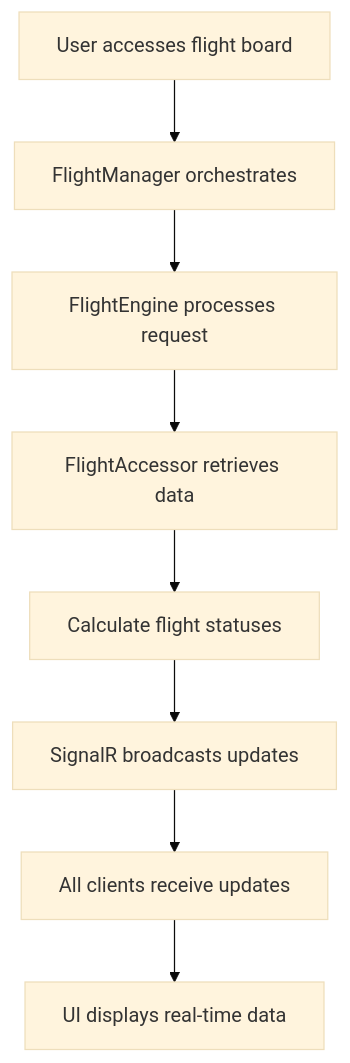
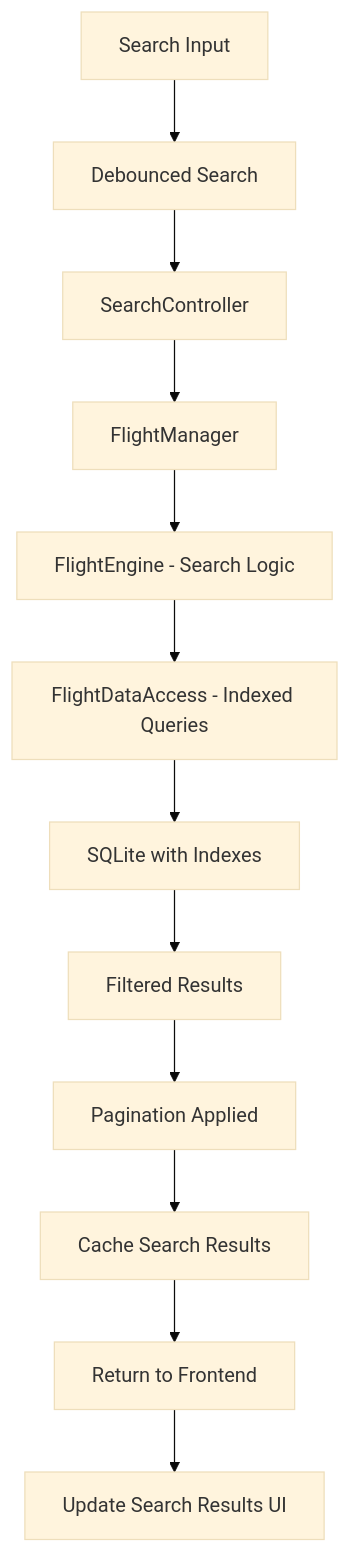
One commit to jsolarz/fligh_board-rt-ms changed the fourth of 11 diagrams in docs/use_cases.md. Above: the diagram before and after it, drawn with Mermaid (base theme). The commit also changed other lines of this file and 66 other files, not shown here.

````diff
--- a/docs/use_cases.md
+++ b/docs/use_cases.md
@@ -49,10 +149,14 @@
 ```mermaid
 graph TD
-    A[User accesses flight board] --> B[FlightManager orchestrates]
-    B --> C[FlightEngine processes request]
-    C --> D[FlightAccessor retrieves data]
-    D --> E[Calculate flight statuses]
-    E --> F[SignalR broadcasts updates]
-    F --> G[All clients receive updates]
-    G --> H[UI displays real-time data]
+    A[Search Input] --> B[Debounced Search]
+    B --> C[SearchController]
+    C --> D[FlightManager]
+    D --> E[FlightEngine - Search Logic]
+    E --> F[FlightDataAccess - Indexed Queries]
+    F --> G[SQLite with Indexes]
+    G --> H[Filtered Results]
+    H --> I[Pagination Applied]
+    I --> J[Cache Search Results]
+    J --> K[Return to Frontend]
+    K --> L[Update Search Results UI]
 ```
````
